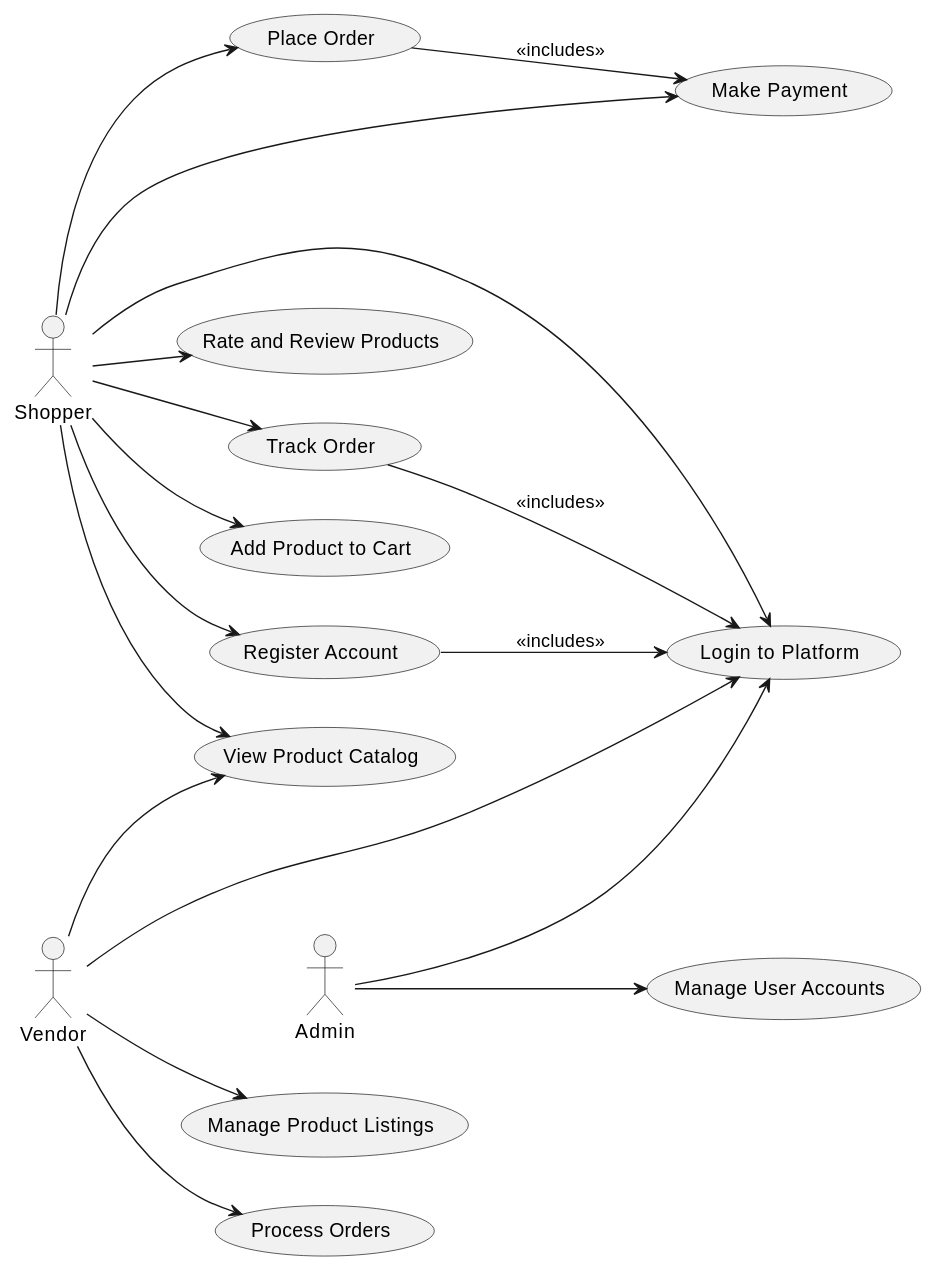
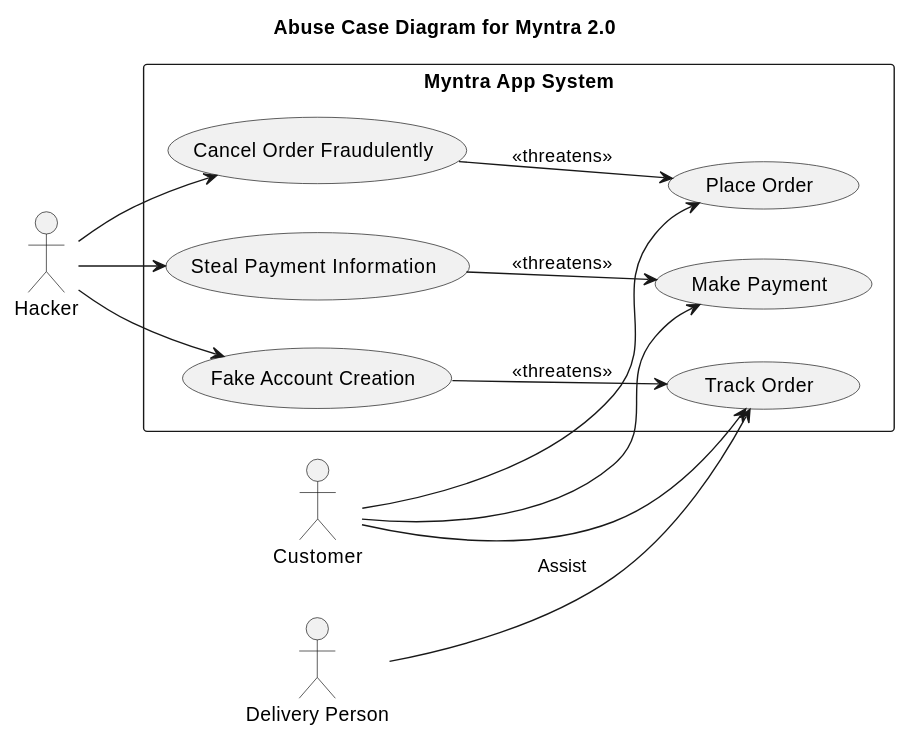
The diagram in Abusecase Diagram Plantuml.md (IIITLucknowSWEngg/CSAICSABTeam011), drawn with PlantUML before and after one commit. The commit also changed other lines of this file, not shown here.

Commit message:
Update Abusecase Diagram Plantuml.md

```diff
--- a/Abusecase Diagram Plantuml.md
+++ b/Abusecase Diagram Plantuml.md
@@ -1,40 +1,34 @@
 @startuml
+title Abuse Case Diagram for Myntra 2.0
+
+
 left to right direction
-actor Shopper
-actor Vendor
-actor Admin
 
-usecase "Register Account" as UC1
-usecase "Login to Platform" as UC2
-usecase "View Product Catalog" as UC3
-usecase "Add Product to Cart" as UC4
-usecase "Place Order" as UC5
-usecase "Make Payment" as UC6
-usecase "Track Order" as UC7
-usecase "Rate and Review Products" as UC8
-usecase "Manage Product Listings" as UC9
-usecase "Process Orders" as UC10
-usecase "Manage User Accounts" as UC11
+actor Hacker
+actor Customer
+actor "Delivery Person" as DeliveryPerson
 
-Shopper --> UC1
-Shopper --> UC2
-Shopper --> UC3
-Shopper --> UC4
-Shopper --> UC5
-Shopper --> UC6
-Shopper --> UC7
-Shopper --> UC8
+rectangle "Myntra App System" {
+    usecase "Place Order" as UC1
+    usecase "Make Payment" as UC2
+    usecase "Track Order" as UC3
+    usecase "Cancel Order Fraudulently" as UC4
+    usecase "Steal Payment Information" as UC5
+    usecase "Fake Account Creation" as UC6
+}
 
-Vendor --> UC2
-Vendor --> UC3
-Vendor --> UC9
-Vendor --> UC10
+Hacker --> UC4
+Hacker --> UC5
+Hacker --> UC6
 
-Admin --> UC2
-Admin --> UC11
+UC4 -down-> UC1 : <<threatens>>
+UC5 -down-> UC2 : <<threatens>>
+UC6 -down-> UC3 : <<threatens>>
 
-UC1 --> UC2 : <<includes>>
-UC5 --> UC6 : <<includes>>
-UC7 --> UC2 : <<includes>>
+Customer --> UC1
+Customer --> UC2
+Customer --> UC3
+
+DeliveryPerson --> UC3 : Assist
 
 @enduml
```
